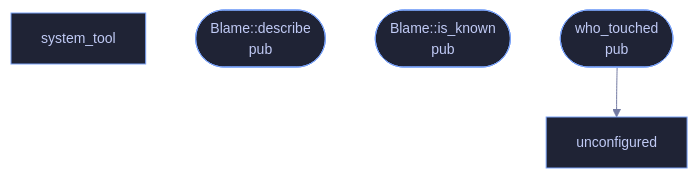
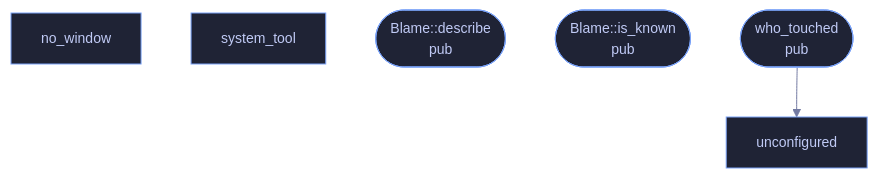
Before and after one commit to tilas01/veilvoice: the diagram in wiki/File-veilvoice-guard-blame.md, drawn with Mermaid. The commit also changed other lines of this file and 309 other files, not shown here.

````diff
--- a/wiki/File-veilvoice-guard-blame.md
+++ b/wiki/File-veilvoice-guard-blame.md
@@ -47,10 +47,11 @@
 ```mermaid
 %%{init: {"theme":"base","themeVariables":{"background":"#1a1b26","primaryColor":"#1f2335","primaryTextColor":"#c0caf5","primaryBorderColor":"#7aa2f7","secondaryColor":"#16161e","tertiaryColor":"#16161e","lineColor":"#737aa2","textColor":"#c0caf5","mainBkg":"#1f2335","nodeBorder":"#7aa2f7","clusterBkg":"#16161e","clusterBorder":"#2f3549","fontFamily":"ui-monospace, SFMono-Regular, Consolas, monospace","fontSize":"14px"}}}%%
 flowchart TD
+    n_no_window["no_window"]
     n_system_tool["system_tool"]
     n_describe(["Blame::describe<br/>pub"])
     n_is_known(["Blame::is_known<br/>pub"])
     n_unconfigured["unconfigured"]
     n_who_touched(["who_touched<br/>pub"])
     n_who_touched --> n_unconfigured
 ```
````
